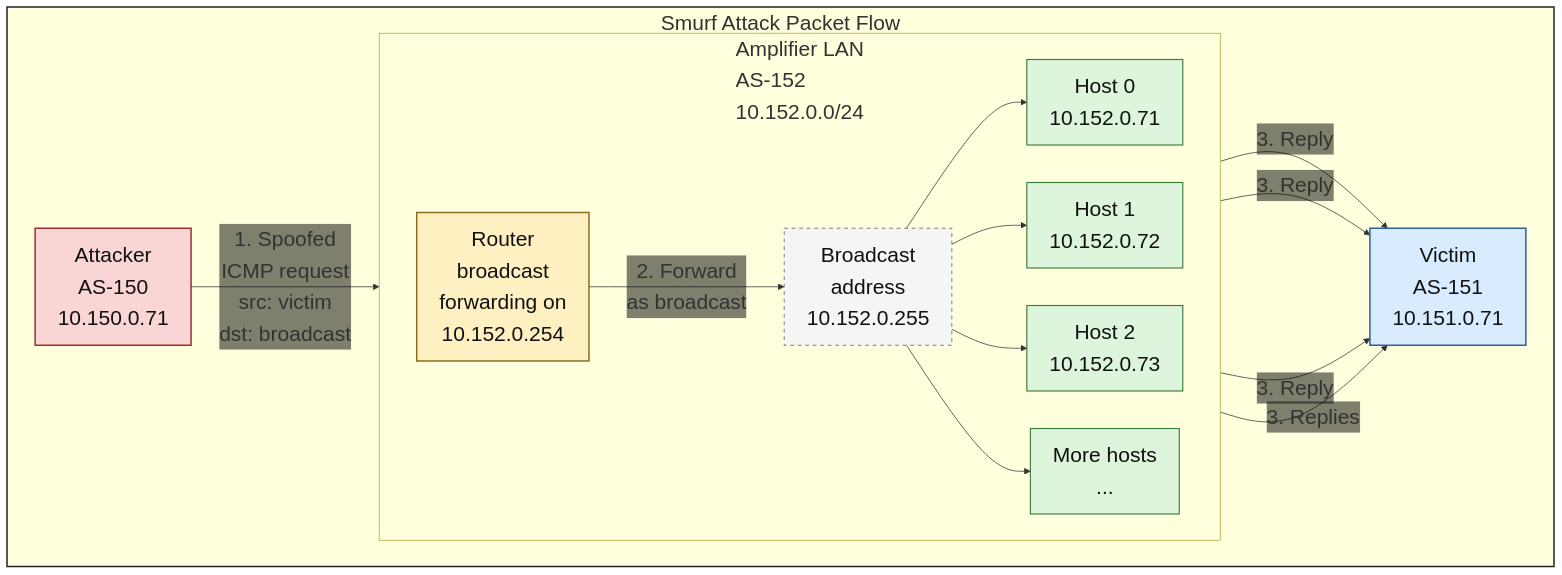
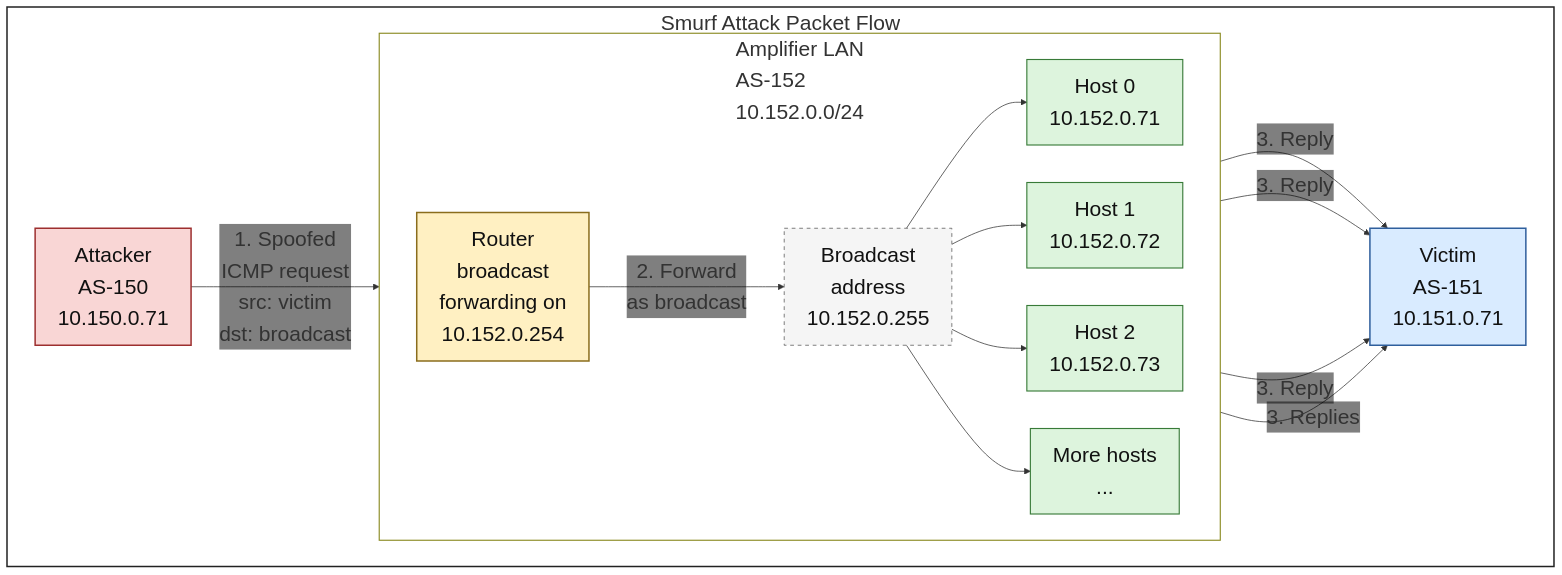
One commit to seed-labs/seed-labs changed the diagram in category-network/Smurf_Attack/Figs/tt.md. Above: the diagram before and after it, drawn with Mermaid. The commit also changed 1 other file, not shown here.

Commit message:
revised the diagram

````diff
--- a/category-network/Smurf_Attack/Figs/tt.md
+++ b/category-network/Smurf_Attack/Figs/tt.md
@@ -1,44 +1,45 @@
 ```mermaid
 %%{init: {"themeVariables": {"fontSize": "28px", "edgeLabelBackground": "transparent"}}}%%
 flowchart LR
     subgraph whole["Smurf Attack Packet Flow"]
         direction LR
         attacker["Attacker<br/>AS-150<br/>10.150.0.71"]
         victim["Victim<br/>AS-151<br/>10.151.0.71"]
 
         subgraph amp["Amplifier LAN<br/>AS-152<br/>10.152.0.0/24"]
             direction LR
             router["Router<br/>broadcast<br/>forwarding on<br/>10.152.0.254"]
             broadcast["Broadcast<br/>address<br/>10.152.0.255"]
             h1["Host 0<br/>10.152.0.71"]
             h2["Host 1<br/>10.152.0.72"]
             h3["Host 2<br/>10.152.0.73"]
             hn["More hosts<br/>..."]
         end
 
         attacker -- "1. Spoofed<br/>ICMP request<br/>src: victim<br/>dst: broadcast" --> router
         router -- "2. Forward<br/>as broadcast" --> broadcast
         broadcast --> h1
         broadcast --> h2
         broadcast --> h3
         broadcast --> hn
 
         h1 -- "3. Reply" --> victim
         h2 -- "3. Reply" --> victim
         h3 -- "3. Reply" --> victim
         hn -- "3. Replies" --> victim
     end
 
-    style whole stroke:#222,stroke-width:2px
+    style whole fill:transparent,stroke:#222,stroke-width:2px
+    style amp fill:transparent,stroke:#8a8a20,stroke-width:1.5px
     classDef attacker fill:#f9d6d5,stroke:#9d2f2f,stroke-width:2px,color:#111;
     classDef victim fill:#d9ebff,stroke:#2f5f9d,stroke-width:2px,color:#111;
     classDef router fill:#fff0c2,stroke:#8a6d1d,stroke-width:2px,color:#111;
     classDef host fill:#ddf4dd,stroke:#387a38,stroke-width:1.5px,color:#111;
     classDef broadcast fill:#f5f5f5,stroke:#555,stroke-dasharray:5 5,color:#111;
 
     class attacker attacker;
     class victim victim;
     class router router;
     class h1,h2,h3,hn host;
     class broadcast broadcast;
 ```
````
